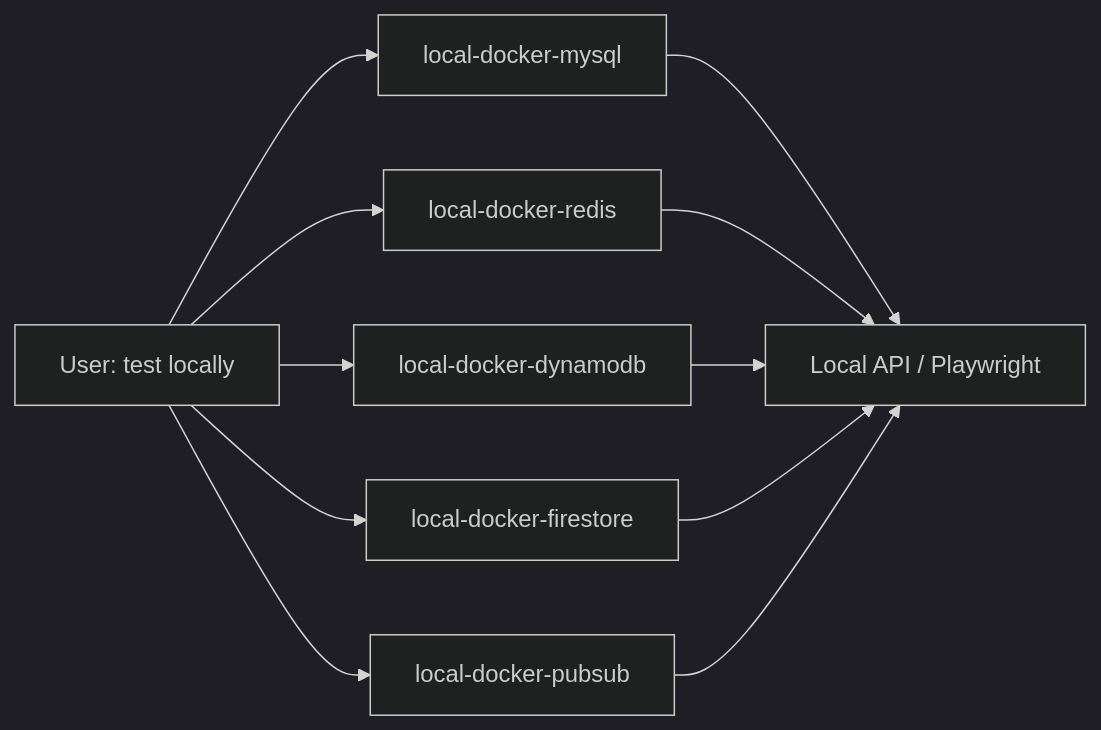
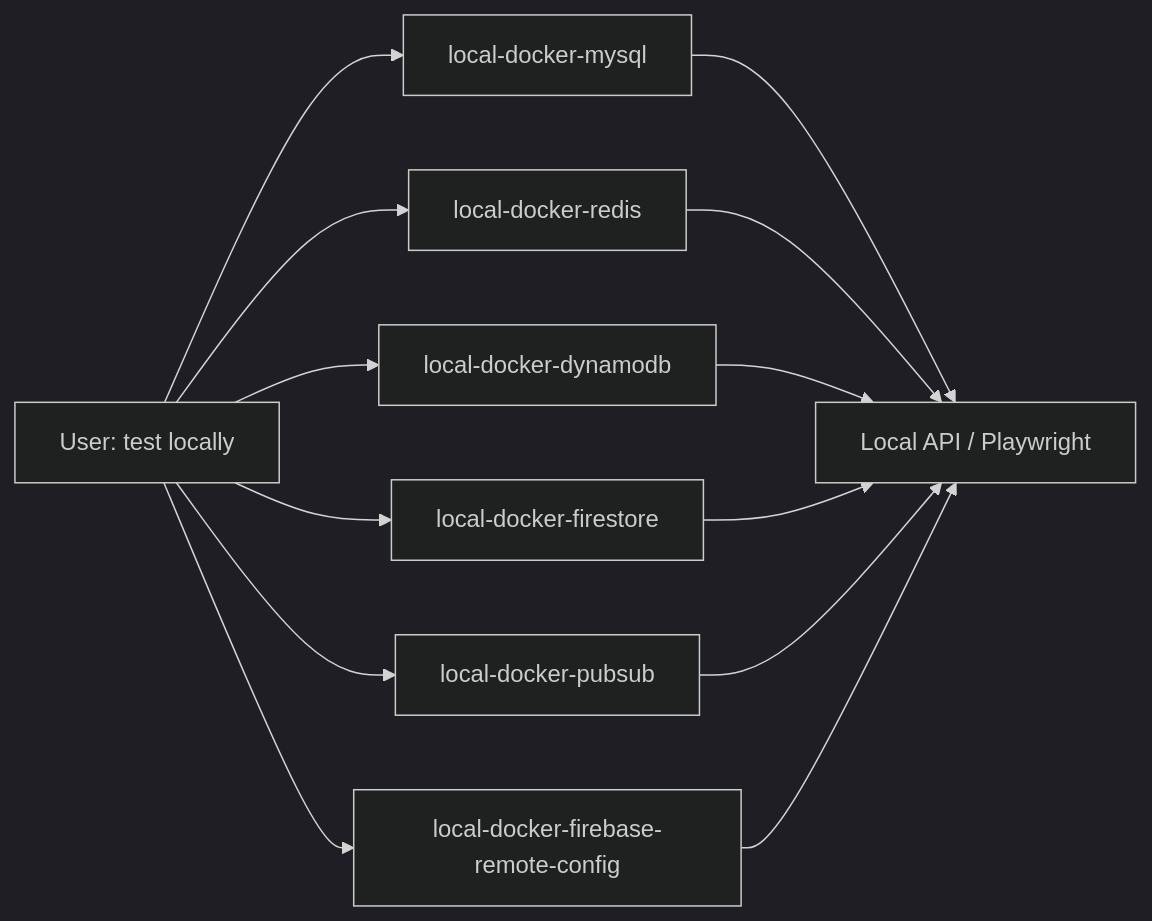
Before and after one commit to prapsky/agent-skills: the second of 3 diagrams in README.md, drawn with Mermaid (dark theme). The commit also changed other lines of this file and 3 other files, not shown here.

Commit message:
Add a local-docker-firebase-remote-config skill so agents can seed feature flags locally via Redis cache or a Docker Remote Config mock, like practicing light switches on a toy panel before touching the real building controls.

````diff
--- a/README.md
+++ b/README.md
@@ -109,13 +112,15 @@
 ```mermaid
 flowchart LR
   U[User: test locally] --> M[local-docker-mysql]
   U --> R[local-docker-redis]
   U --> D[local-docker-dynamodb]
   U --> F[local-docker-firestore]
   U --> P[local-docker-pubsub]
+  U --> RC[local-docker-firebase-remote-config]
   M --> API[Local API / Playwright]
   R --> API
   D --> API
   F --> API
   P --> API
+  RC --> API
 ```
````
